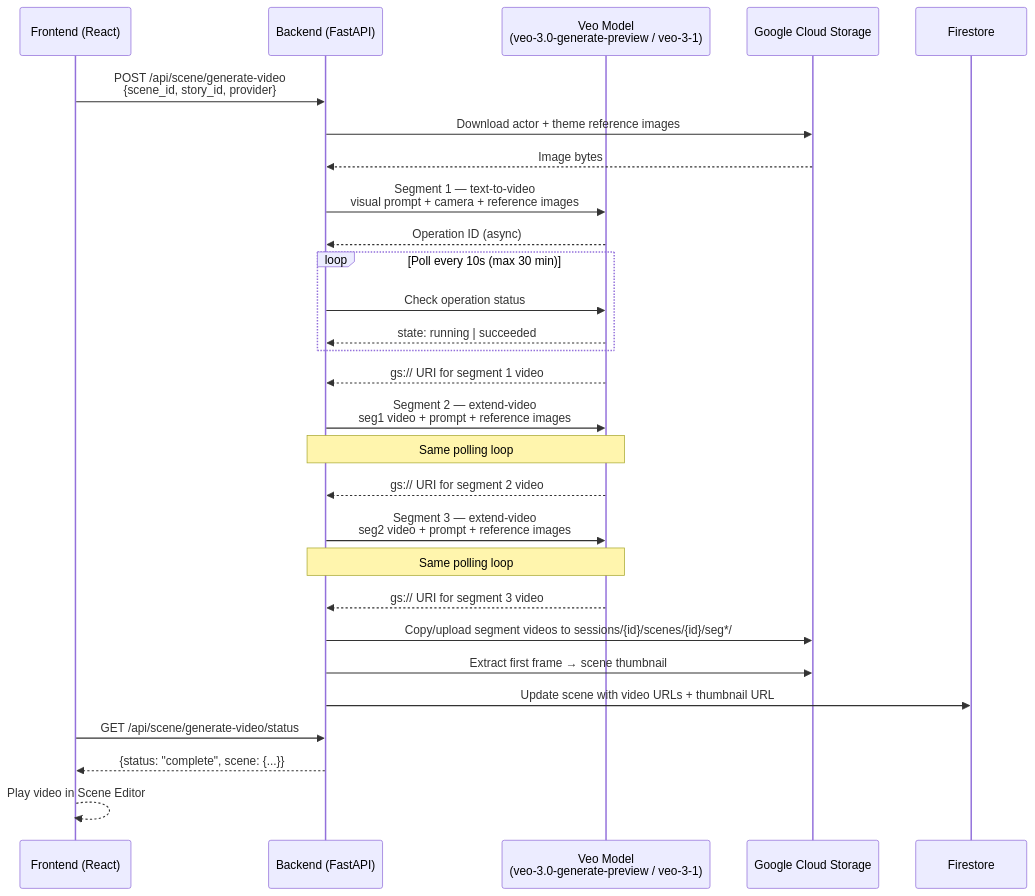
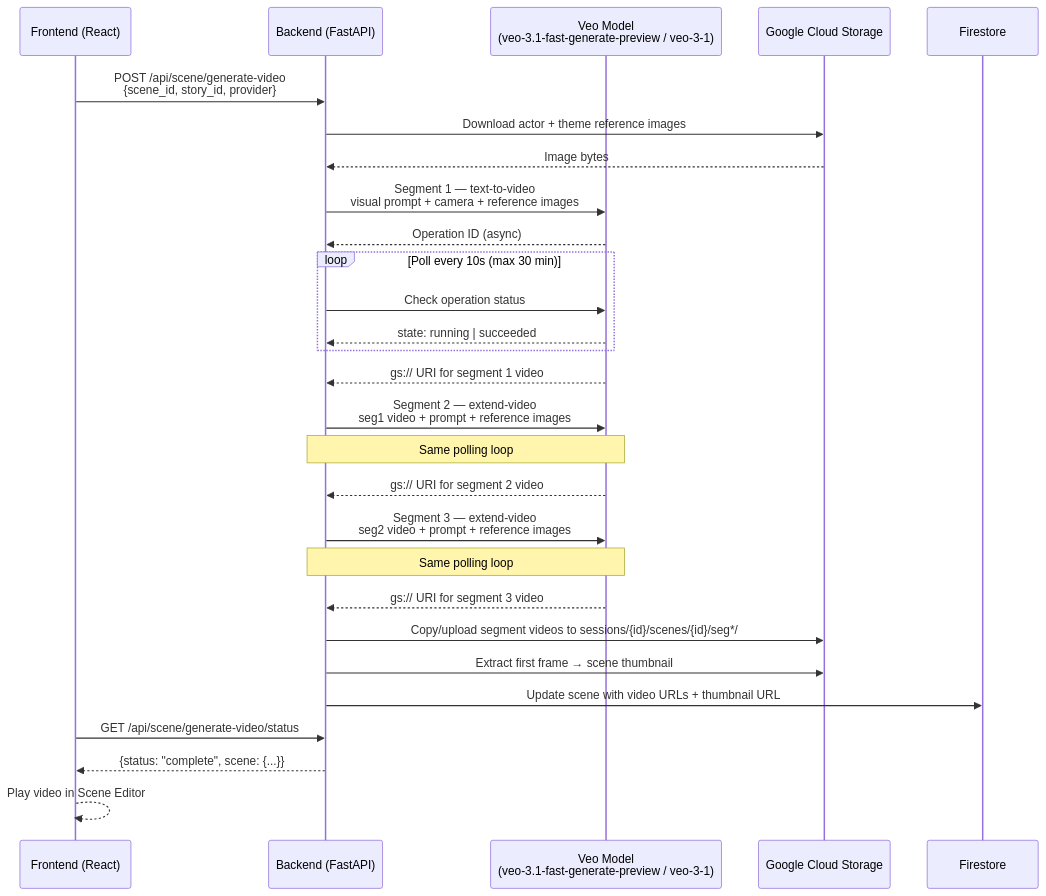
One commit to bwbayu/SceneStudio changed the fifth of 9 diagrams in docs/architecture.md. Above: the diagram before and after it, drawn with Mermaid. The commit also changed other lines of this file and 5 other files, not shown here.

````diff
--- a/docs/architecture.md
+++ b/docs/architecture.md
@@ -183,36 +183,36 @@
 ```mermaid
 sequenceDiagram
     participant FE as Frontend (React)
     participant BE as Backend (FastAPI)
-    participant Veo as Veo Model<br/>(veo-3.0-generate-preview / veo-3-1)
+    participant Veo as Veo Model<br/>(veo-3.1-fast-generate-preview / veo-3-1)
     participant GCS as Google Cloud Storage
     participant FS as Firestore
 
     FE->>BE: POST /api/scene/generate-video<br/>{scene_id, story_id, provider}
     BE->>GCS: Download actor + theme reference images
     GCS-->>BE: Image bytes
 
     BE->>Veo: Segment 1 — text-to-video<br/>visual prompt + camera + reference images
     Veo-->>BE: Operation ID (async)
     loop Poll every 10s (max 30 min)
         BE->>Veo: Check operation status
         Veo-->>BE: state: running | succeeded
     end
     Veo-->>BE: gs:// URI for segment 1 video
 
     BE->>Veo: Segment 2 — extend-video<br/>seg1 video + prompt + reference images
     Note over BE,Veo: Same polling loop
     Veo-->>BE: gs:// URI for segment 2 video
 
     BE->>Veo: Segment 3 — extend-video<br/>seg2 video + prompt + reference images
     Note over BE,Veo: Same polling loop
     Veo-->>BE: gs:// URI for segment 3 video
 
     BE->>GCS: Copy/upload segment videos to sessions/{id}/scenes/{id}/seg*/
     BE->>GCS: Extract first frame → scene thumbnail
     BE->>FS: Update scene with video URLs + thumbnail URL
 
     FE->>BE: GET /api/scene/generate-video/status
     BE-->>FE: {status: "complete", scene: {...}}
     FE-->>FE: Play video in Scene Editor
 ```
````
